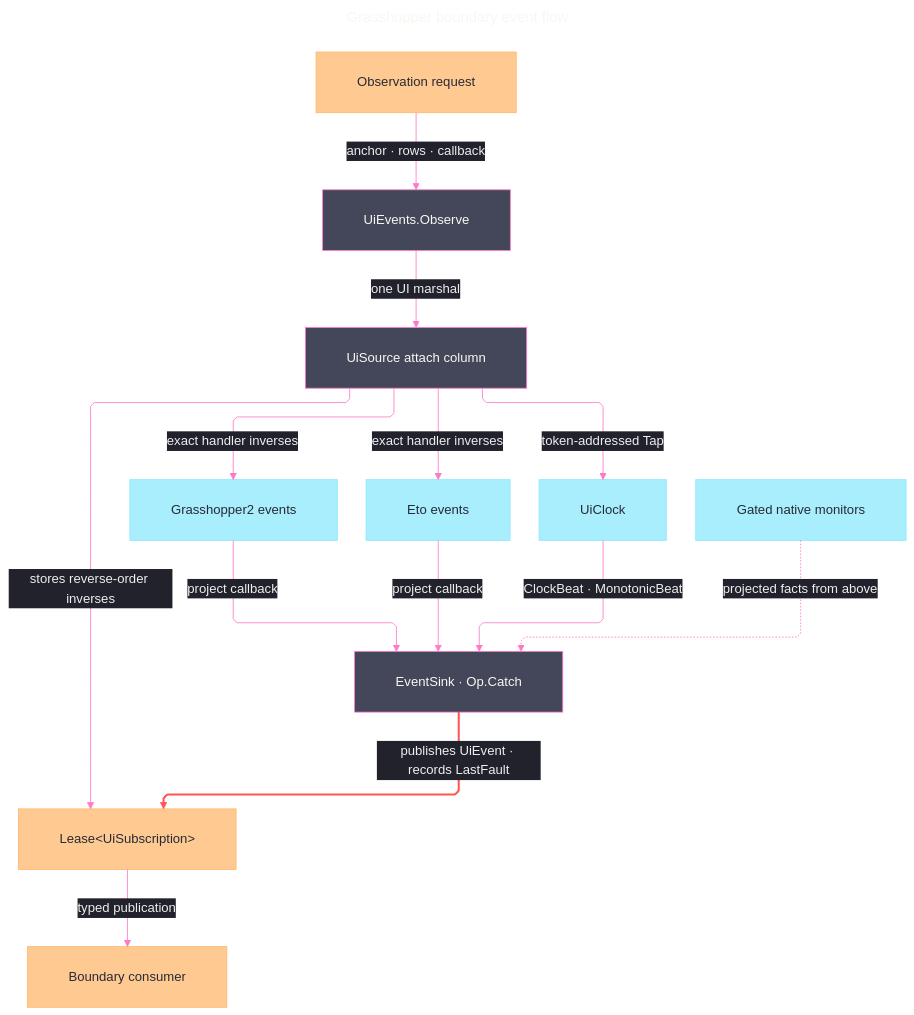
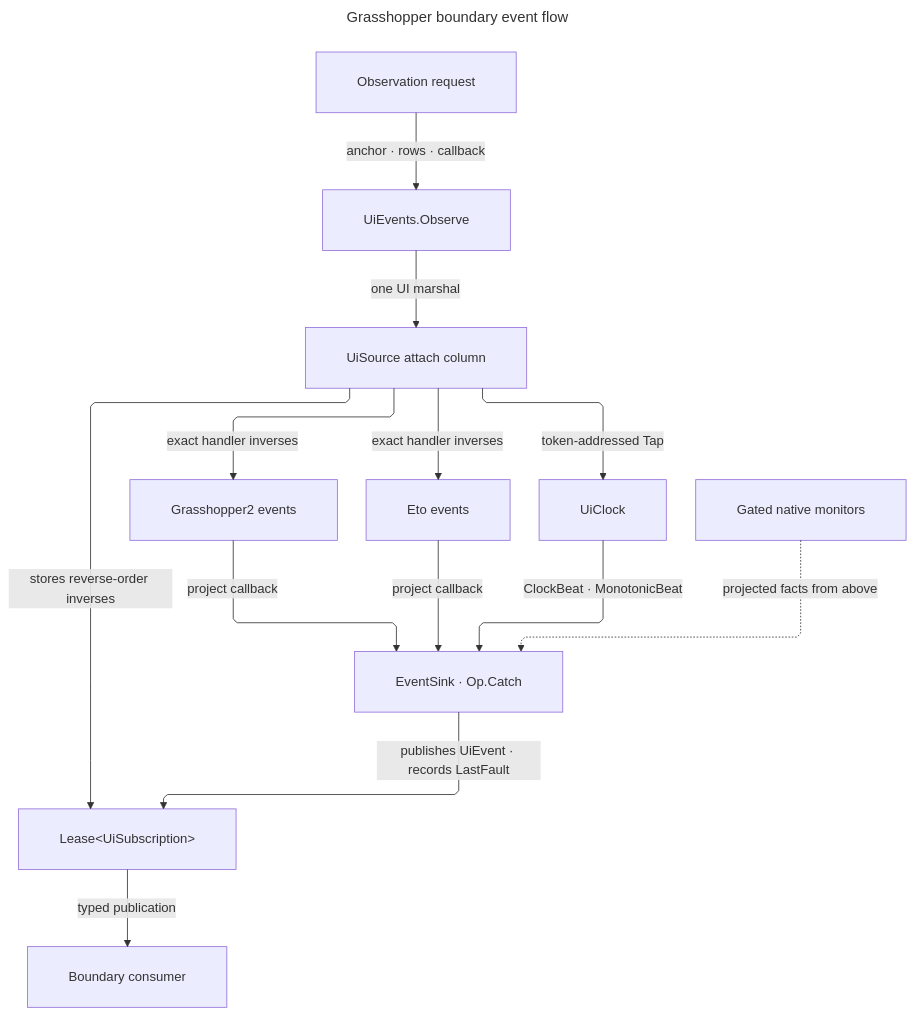
One commit to bsamiee/Rasm changed the diagram in libs/csharp/Rasm.Grasshopper/.planning/Shell/events.md. Above: the diagram before and after it, drawn with Mermaid. The commit also changed other lines of this file and 293 other files, not shown here.

````diff
--- a/libs/csharp/Rasm.Grasshopper/.planning/Shell/events.md
+++ b/libs/csharp/Rasm.Grasshopper/.planning/Shell/events.md
@@ -600,56 +593,32 @@
 ```mermaid
 ---
 title: Grasshopper boundary event flow
 config:
-  theme: base
-  look: classic
   layout: elk
   htmlLabels: true
   markdownAutoWrap: false
   deterministicIds: true
   elk:
     nodePlacementStrategy: NETWORK_SIMPLEX
     considerModelOrder: NODES_AND_EDGES
   flowchart:
     curve: linear
     defaultRenderer: elk
     padding: 25
-  themeVariables:
-    darkMode: true
-    fontFamily: "SF Mono, Menlo, Cascadia Mono, Segoe UI Mono, Consolas, monospace"
-    useGradient: false
-    dropShadow: "none"
-    background: "#282A36"
-    mainBkg: "#44475A"
-    nodeBorder: "#BD93F9"
-    lineColor: "#FF79C6"
-    arrowheadColor: "#FF79C6"
-    textColor: "#F8F8F2"
-    titleColor: "#D6BCFA"
-    edgeLabelBackground: "#21222C"
-    labelBackgroundColor: "#21222C"
-  themeCSS: ".nodeLabel{font-size:13px;font-weight:500}.edgeLabel{font-size:12px;font-weight:500}.cluster-label .nodeLabel{font-size:13.5px;font-weight:700;letter-spacing:.08em}.edge-thickness-normal{stroke-width:2px}.edge-thickness-thick{stroke-width:3px}.edge-pattern-dashed,.edge-pattern-dotted{stroke-width:1.5px;stroke-dasharray:4 6}.node rect,.node circle,.node polygon,.node path,.node .outer-path{stroke-width:1.5px;filter:none!important}.cluster rect{stroke-width:1px!important;stroke-dasharray:5 4!important;filter:none!important}.marker path{transform:scale(.8);transform-origin:5px 5px}.marker circle{transform:scale(.48);transform-origin:5px 5px}.edgeLabel rect{transform-box:fill-box;transform-origin:center;transform:scale(1.1,1.2)}"
 ---
 flowchart TB
   accTitle: Grasshopper boundary event flow
   accDescr: Transactional source rows attach to GH2, Eto, native, and UiClock providers; callbacks cross one contained sink and return typed events to consumers.
   Request["Observation request"] -->|"anchor · rows · callback"| Gate["UiEvents.Observe"]
   Gate -->|"one UI marshal"| Rows["UiSource attach column"]
   Rows -->|"exact handler inverses"| GH2["Grasshopper2 events"]
   Rows -->|"exact handler inverses"| EtoHost["Eto events"]
   Rows -->|"token-addressed Tap"| Clock["UiClock"]
   Clock -->|"ClockBeat · MonotonicBeat"| Sink["EventSink · Op.Catch"]
   GH2 -->|"project callback"| Sink
   EtoHost -->|"project callback"| Sink
   Native["Gated native monitors"] -.->|"projected facts from above"| Sink
   Sink -->|"publishes UiEvent · records LastFault"| Subscription["Lease&lt;UiSubscription&gt;"]
   Subscription -->|"typed publication"| Consumer["Boundary consumer"]
   Rows -->|"stores reverse-order inverses"| Subscription
-  classDef primary fill:#44475A,stroke:#FF79C6,color:#F8F8F2
-  classDef data fill:#FFB86CBF,stroke:#FFB86C,color:#282A36
-  classDef external fill:#8BE9FDBF,stroke:#8BE9FD,color:#282A36
-  class Request,Consumer,Subscription data
-  class Gate,Rows,Sink primary
-  class GH2,EtoHost,Clock,Native external
-  linkStyle 9 stroke:#FF5555,stroke-width:2.5px
 ```
````
